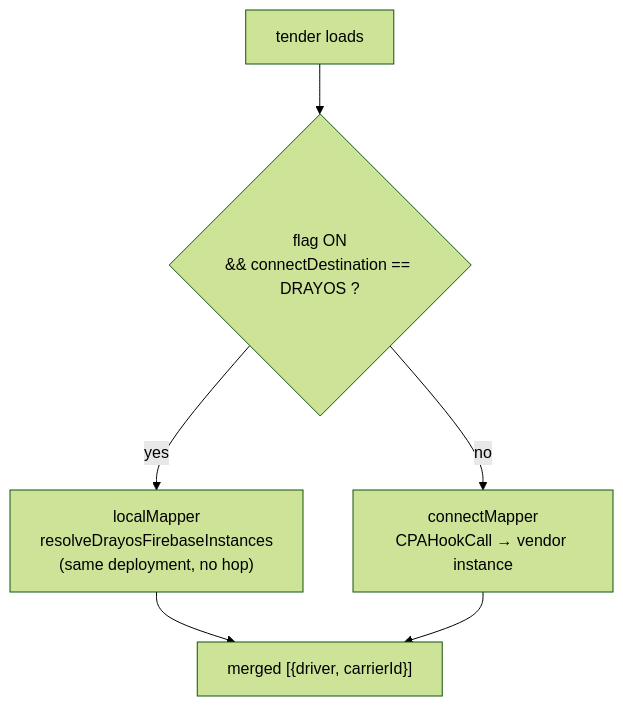
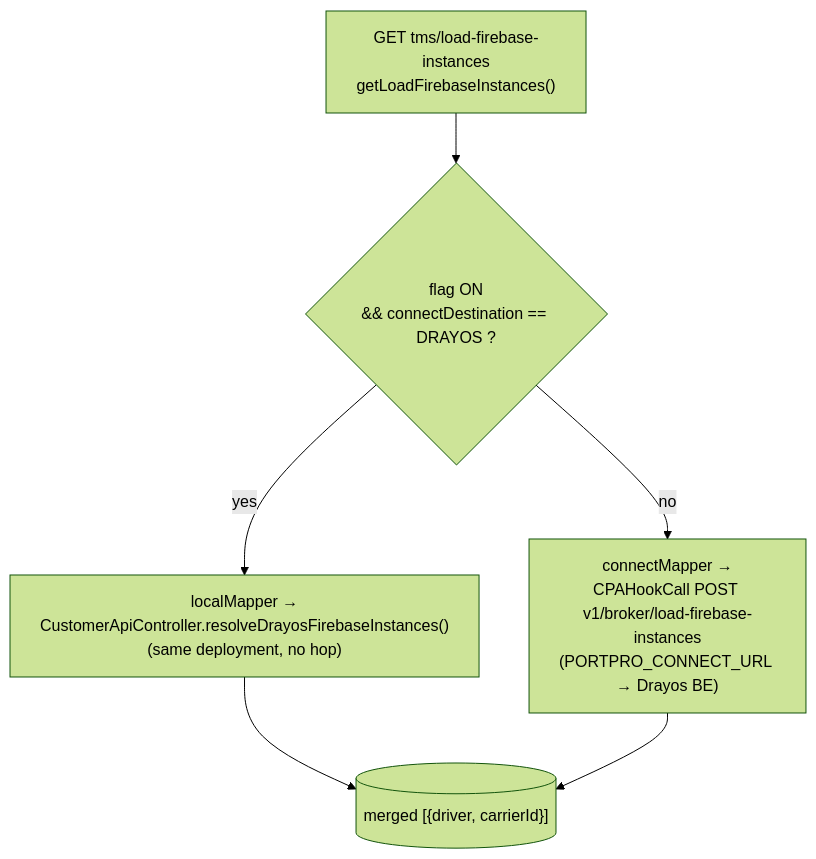
Before and after one commit to lamadev7/Obsidian-Vault: the fourth of 5 diagrams in raw/Live Tracking Architecture/00 - Firebase Tracking Overview.md, drawn with Mermaid (forest theme). The commit also changed other lines of this file and 2 other files, not shown here.

Commit message:
Convert all tracking diagrams to labeled flowcharts (DBs, endpoints, routes on edges)

````diff
--- a/raw/Live Tracking Architecture/00 - Firebase Tracking Overview.md
+++ b/raw/Live Tracking Architecture/00 - Firebase Tracking Overview.md
@@ -144,8 +144,8 @@
 ```mermaid
 flowchart TD
-  T["tender loads"] --> S{"flag ON<br/>&& connectDestination == DRAYOS ?"}
-  S -->|yes| L["localMapper<br/>resolveDrayosFirebaseInstances<br/>(same deployment, no hop)"]
-  S -->|no| C["connectMapper<br/>CPAHookCall → vendor instance"]
-  L --> R["merged [{driver, carrierId}]"]
+  T["GET tms/load-firebase-instances<br/>getLoadFirebaseInstances()"] --> S{"flag ON<br/>&& connectDestination == DRAYOS ?"}
+  S -->|yes| L["localMapper →<br/>CustomerApiController.resolveDrayosFirebaseInstances()<br/>(same deployment, no hop)"]
+  S -->|no| C["connectMapper →<br/>CPAHookCall POST v1/broker/load-firebase-instances<br/>(PORTPRO_CONNECT_URL → Drayos BE)"]
+  L --> R[("merged [{driver, carrierId}]")]
   C --> R
 ```
````
